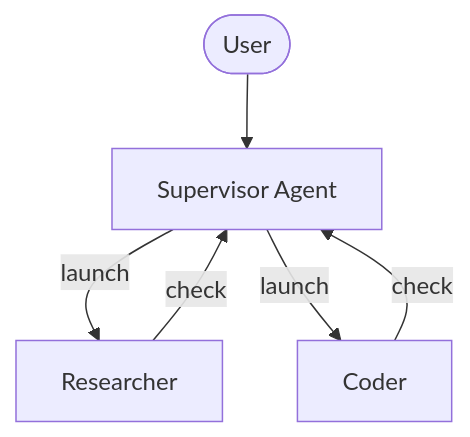
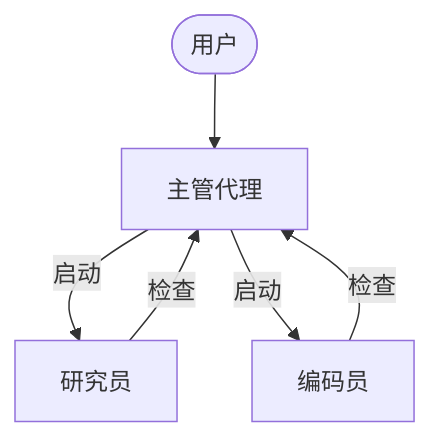
Before and after one commit to kunfan96/cndocs-langchain: the first of 2 diagrams in oss/python/deepagents/async-subagents.mdx, drawn with Mermaid. The commit also changed other lines of this file and 2498 other files, not shown here.

````diff
--- a/oss/python/deepagents/async-subagents.mdx
+++ b/oss/python/deepagents/async-subagents.mdx
@@ -17,10 +17,10 @@
 ```mermaid
 graph TB
-    User([User]) --> Supervisor[Supervisor Agent]
+    User([用户]) --> Supervisor[主管代理]
 
-    Supervisor --> |launch| Researcher[Researcher]
-    Supervisor --> |launch| Coder[Coder]
+    Supervisor --> |启动| Researcher[研究员]
+    Supervisor --> |启动| Coder[编码员]
 
-    Researcher --> |check| Supervisor
-    Coder --> |check| Supervisor
+    Researcher --> |检查| Supervisor
+    Coder --> |检查| Supervisor
 ```
````
